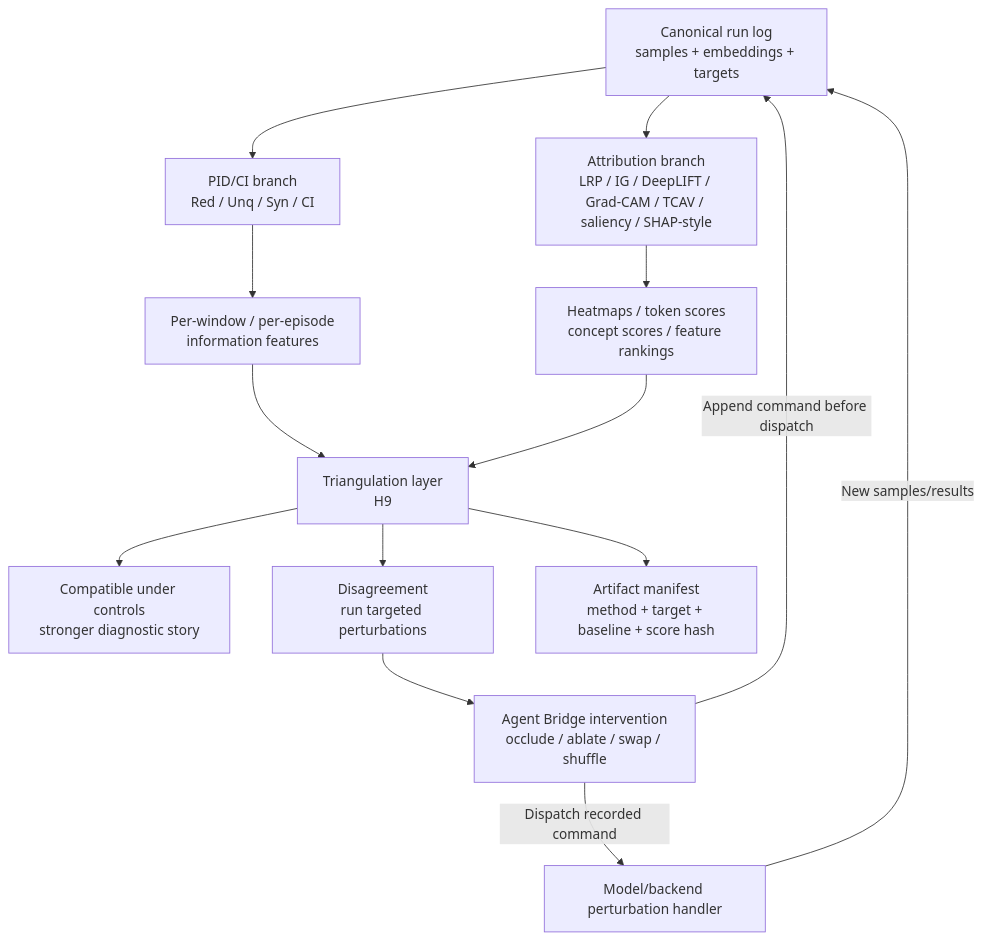
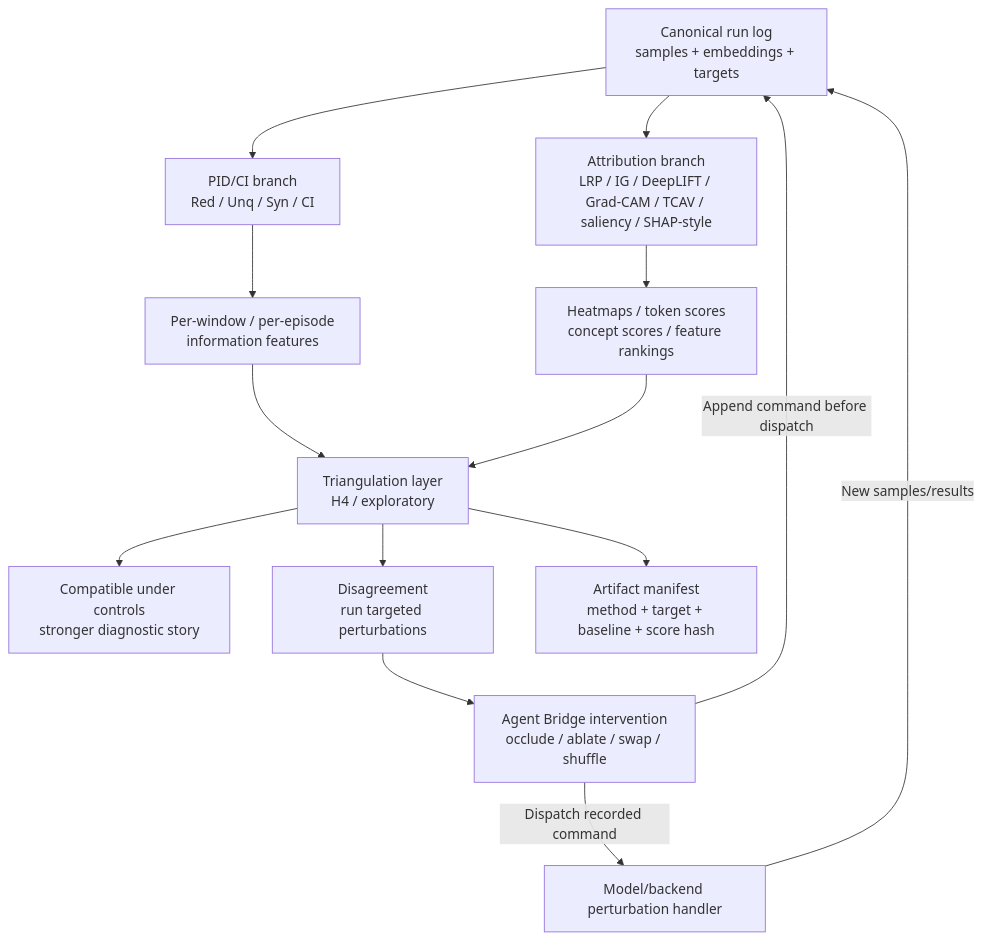
Diagram 18 of 18 in DIAGRAMS.md (sepahead/prisoma), drawn with Mermaid before and after one commit. The commit also changed 9 other files, not shown here.

````diff
--- a/DIAGRAMS.md
+++ b/DIAGRAMS.md
@@ -654,20 +654,20 @@
 ```mermaid
 graph TB
     Run[Canonical run log\nsamples + embeddings + targets] --> PID[PID/CI branch\nRed / Unq / Syn / CI]
     Run --> Attr[Attribution branch\nLRP / IG / DeepLIFT / Grad-CAM / TCAV / saliency / SHAP-style]
 
     PID --> PFeat[Per-window / per-episode\ninformation features]
     Attr --> AFeat[Heatmaps / token scores\nconcept scores / feature rankings]
 
-    PFeat --> Compare[Triangulation layer\nH9]
+    PFeat --> Compare[Triangulation layer\nH4 / exploratory]
     AFeat --> Compare
 
     Compare --> Agree[Compatible under controls\nstronger diagnostic story]
     Compare --> Disagree[Disagreement\nrun targeted perturbations]
     Disagree --> Intervene[Agent Bridge intervention\nocclude / ablate / swap / shuffle]
     Intervene -->|Append command before dispatch| Run
     Intervene -->|Dispatch recorded command| Target[Model/backend perturbation handler]
     Target -->|New samples/results| Run
 
     Compare --> Log[Artifact manifest\nmethod + target + baseline + score hash]
 ```
````
